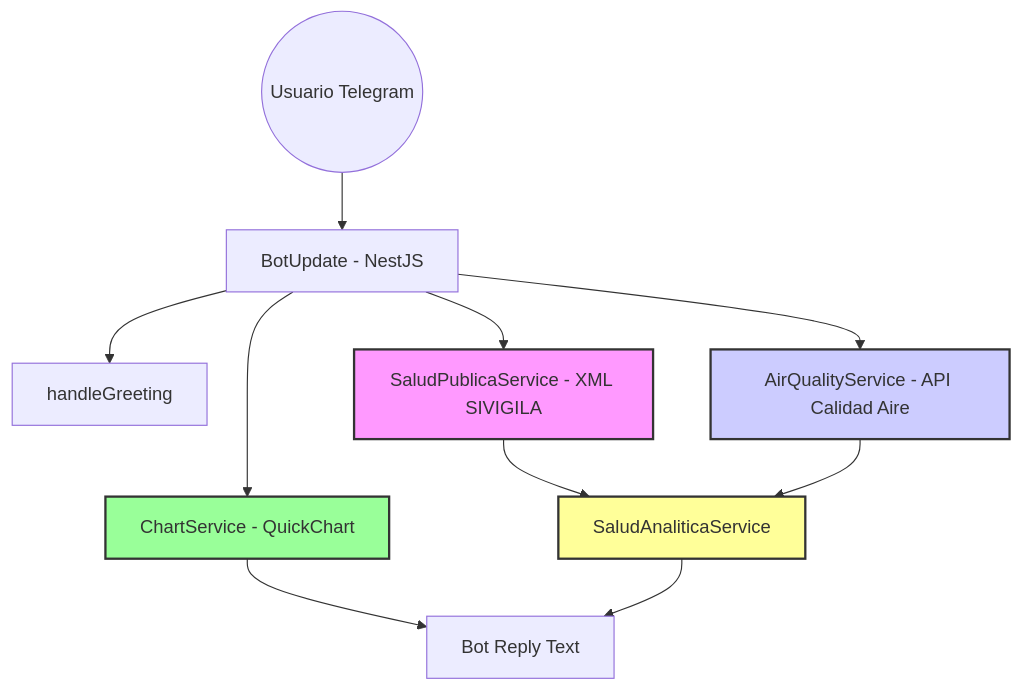
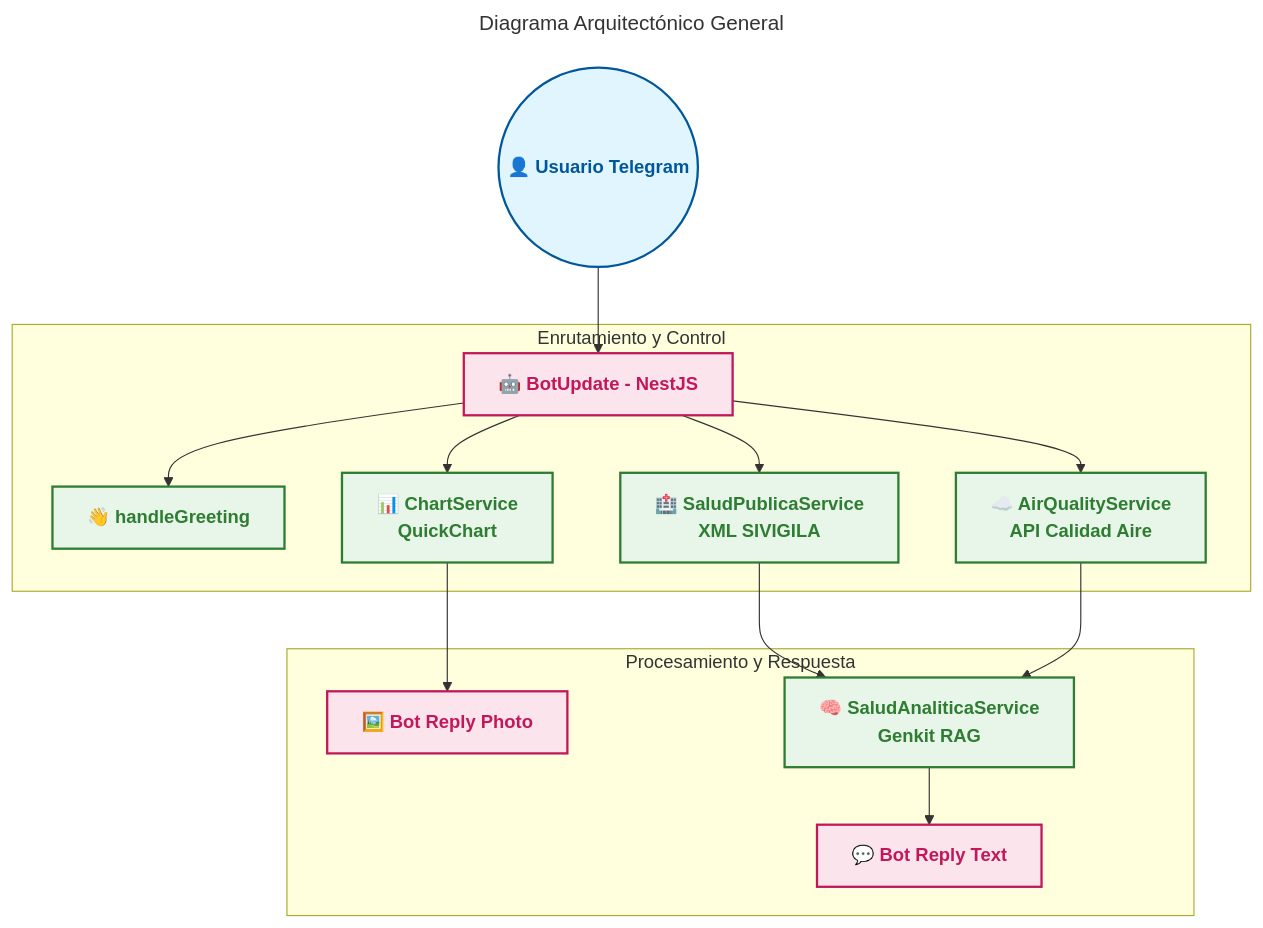
One commit to RubenDarioGuerreroNeira/Ecosistema-IA-Colombia changed the first of 4 diagrams in DOCUMENTACION_TECNICA.md. Above: the diagram before and after it, drawn with Mermaid. The commit also changed other lines of this file and 2 other files, not shown here.

Commit message:
Docs(diagrams): Improve mermaid diagrams with modern styling and titles

````diff
--- a/DOCUMENTACION_TECNICA.md
+++ b/DOCUMENTACION_TECNICA.md
@@ -67,19 +67,26 @@
 ```mermaid
+---
+title: Diagrama Arquitectónico General
+---
 graph TD
-    User((Usuario Telegram)) --> Bot[BotUpdate - NestJS]
-    Bot --> Greeting[handleGreeting]
-    Bot --> Charts[ChartService - QuickChart]
-    Bot --> HealthData[SaludPublicaService - XML SIVIGILA]
-    Bot --> AirData[AirQualityService - API Calidad Aire]
+    classDef user fill:#e1f5fe,stroke:#01579b,stroke-width:2px,color:#01579b,font-weight:bold
+    classDef bot fill:#fce4ec,stroke:#c2185b,stroke-width:2px,color:#c2185b,font-weight:bold
+    classDef service fill:#e8f5e9,stroke:#2e7d32,stroke-width:2px,color:#2e7d32,font-weight:bold
+    classDef external fill:#fff3e0,stroke:#e65100,stroke-width:2px,color:#e65100,stroke-dasharray: 5 5
 
-    Charts --> Responder[Bot Reply Photo]
-    HealthData --> Analysis[SaludAnaliticaService]
-    AirData --> Analysis
+    User((👤 Usuario Telegram)):::user --> Bot[🤖 BotUpdate - NestJS]:::bot
+    
+    subgraph Enrutamiento ["Enrutamiento y Control"]
+        Bot --> Greeting[👋 handleGreeting]:::service
+        Bot --> Charts[📊 ChartService<br/>QuickChart]:::service
+        Bot --> HealthData[🏥 SaludPublicaService<br/>XML SIVIGILA]:::service
+        Bot --> AirData[☁️ AirQualityService<br/>API Calidad Aire]:::service
+    end
 
-    Analysis --> Responder[Bot Reply Text]
-
-    style HealthData fill:#f9f,stroke:#333,stroke-width:2px
-    style AirData fill:#ccf,stroke:#333,stroke-width:2px
-    style Analysis fill:#ff9,stroke:#333,stroke-width:2px
-    style Charts fill:#9f9,stroke:#333,stroke-width:2px
+    subgraph Procesamiento ["Procesamiento y Respuesta"]
+        Charts --> ResponderPhoto[🖼️ Bot Reply Photo]:::bot
+        HealthData --> Analysis[🧠 SaludAnaliticaService<br/>Genkit RAG]:::service
+        AirData --> Analysis
+        Analysis --> ResponderText[💬 Bot Reply Text]:::bot
+    end
 ```
````
